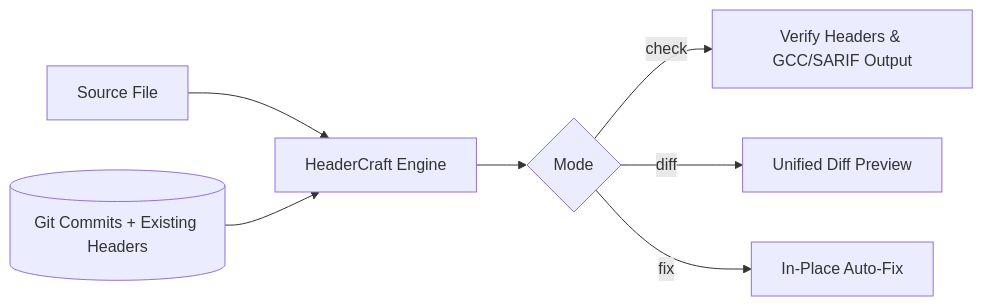
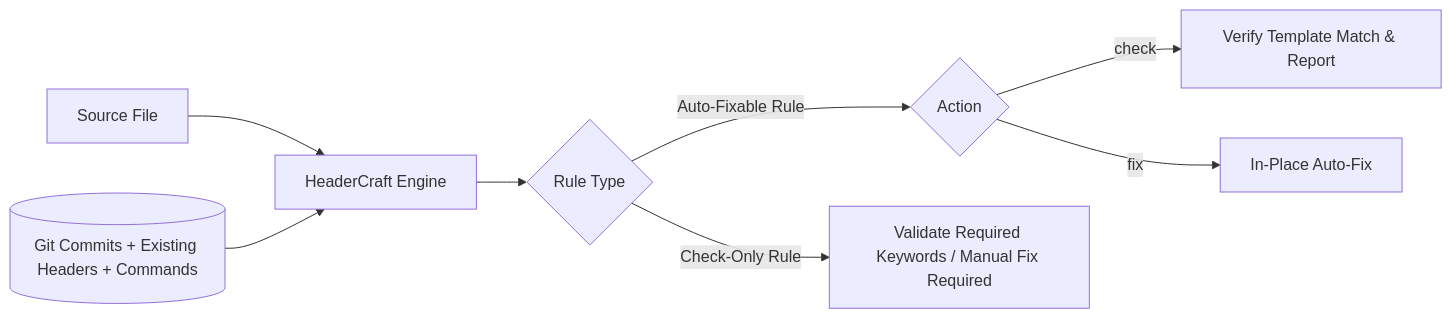
One commit to macintorsten/headercraft changed the diagram in README.md. Above: the diagram before and after it, drawn with Mermaid. The commit also changed other lines of this file and 5 other files, not shown here.

First line of the commit message:
feat: support check-only rules and broaden tool positioning

````diff
--- a/README.md
+++ b/README.md
@@ -27,9 +33,10 @@
 ```mermaid
 flowchart LR
     A[Source File] --> B[HeaderCraft Engine]
-    M[(Git Commits + Existing Headers)] --> B
-    B --> C{Mode}
-    C -->|check| D[Verify Headers & GCC/SARIF Output]
-    C -->|diff| E[Unified Diff Preview]
-    C -->|fix| F[In-Place Auto-Fix]
+    M[(Git Commits + Existing Headers + Commands)] --> B
+    B --> C{Rule Type}
+    C -->|Auto-Fixable Rule| D{Action}
+    D -->|check| E[Verify Template Match & Report]
+    D -->|fix| F[In-Place Auto-Fix]
+    C -->|Check-Only Rule| G[Validate Required Keywords / Manual Fix Required]
 ```
````
